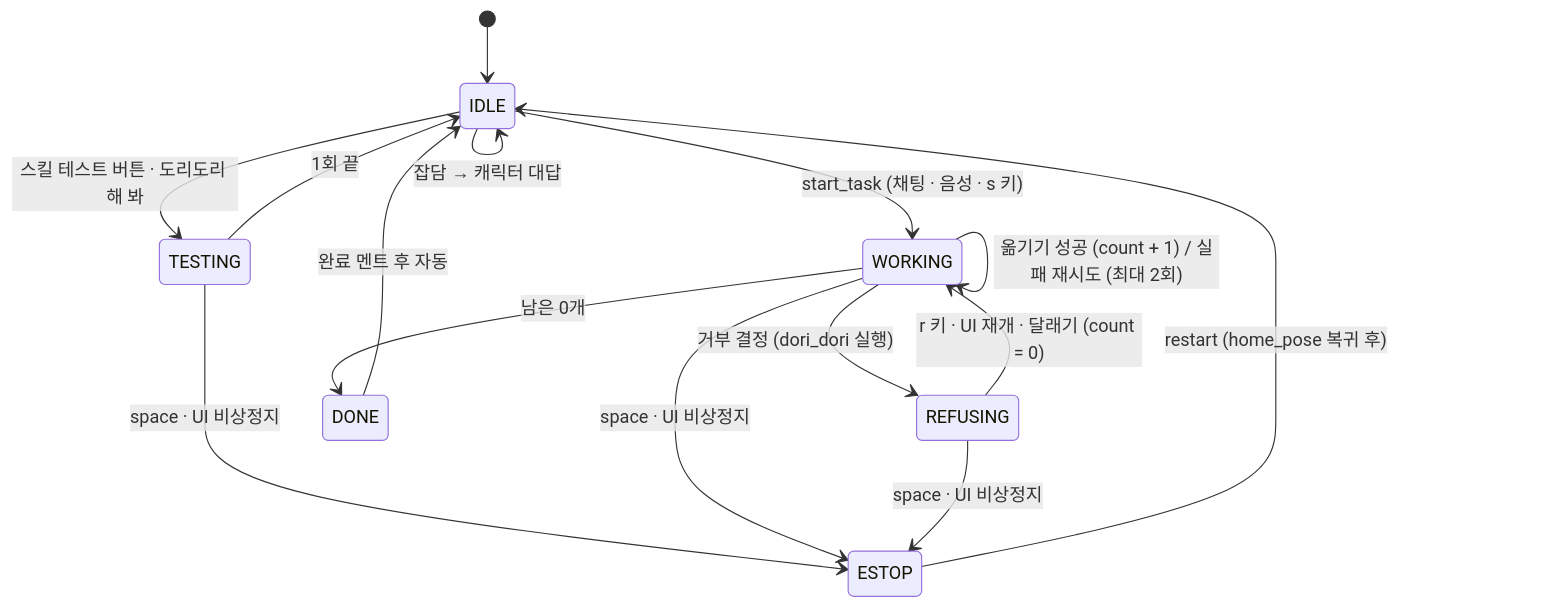
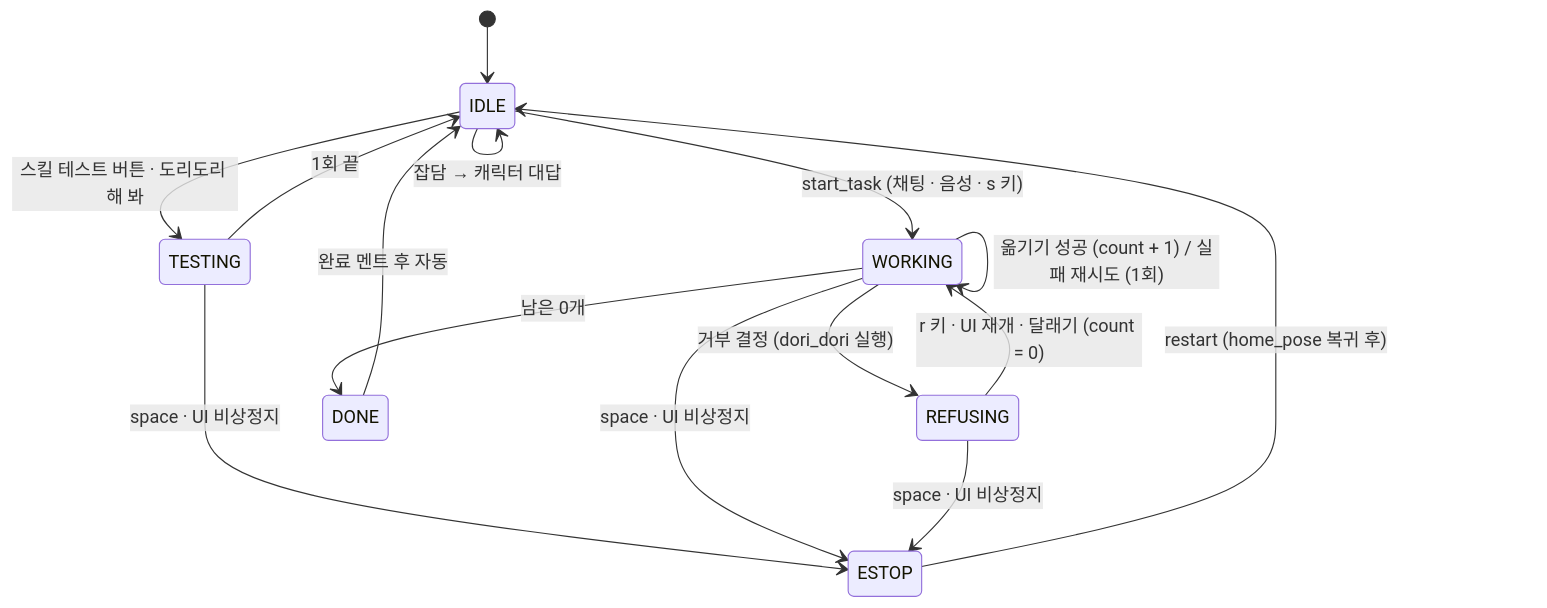
One commit to ttogle918/intel-openvino-homerunball changed the fourth of 5 diagrams in docs/ARCHITECTURE.md. Above: the diagram before and after it, drawn with Mermaid. The commit also changed other lines of this file and 10 other files, not shown here.

````diff
--- a/docs/ARCHITECTURE.md
+++ b/docs/ARCHITECTURE.md
@@ -114,17 +117,17 @@
 ```mermaid
 stateDiagram-v2
     [*] --> IDLE
     IDLE --> IDLE: 잡담 → 캐릭터 대답
     IDLE --> TESTING: 스킬 테스트 버튼 · 도리도리 해 봐
     TESTING --> IDLE: 1회 끝
     TESTING --> ESTOP: space · UI 비상정지
     IDLE --> WORKING: start_task (채팅 · 음성 · s 키)
-    WORKING --> WORKING: 옮기기 성공 (count + 1) / 실패 재시도 (최대 2회)
+    WORKING --> WORKING: 옮기기 성공 (count + 1) / 실패 재시도 (1회)
     WORKING --> REFUSING: 거부 결정 (dori_dori 실행)
     REFUSING --> WORKING: r 키 · UI 재개 · 달래기 (count = 0)
     WORKING --> DONE: 남은 0개
     DONE --> IDLE: 완료 멘트 후 자동
     WORKING --> ESTOP: space · UI 비상정지
     REFUSING --> ESTOP: space · UI 비상정지
     ESTOP --> IDLE: restart (home_pose 복귀 후)
 ```
````
